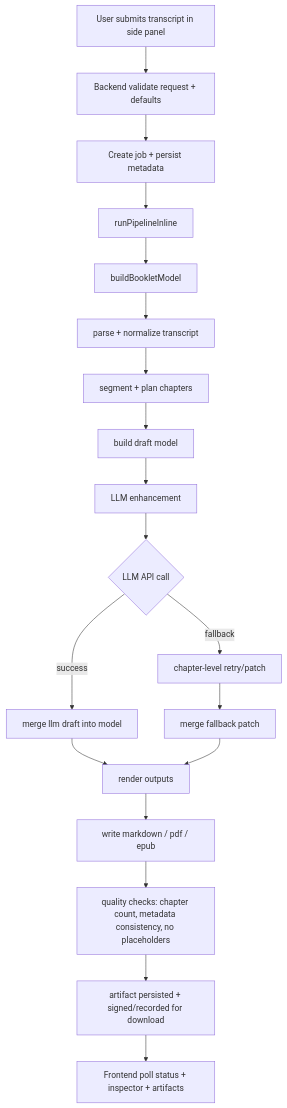
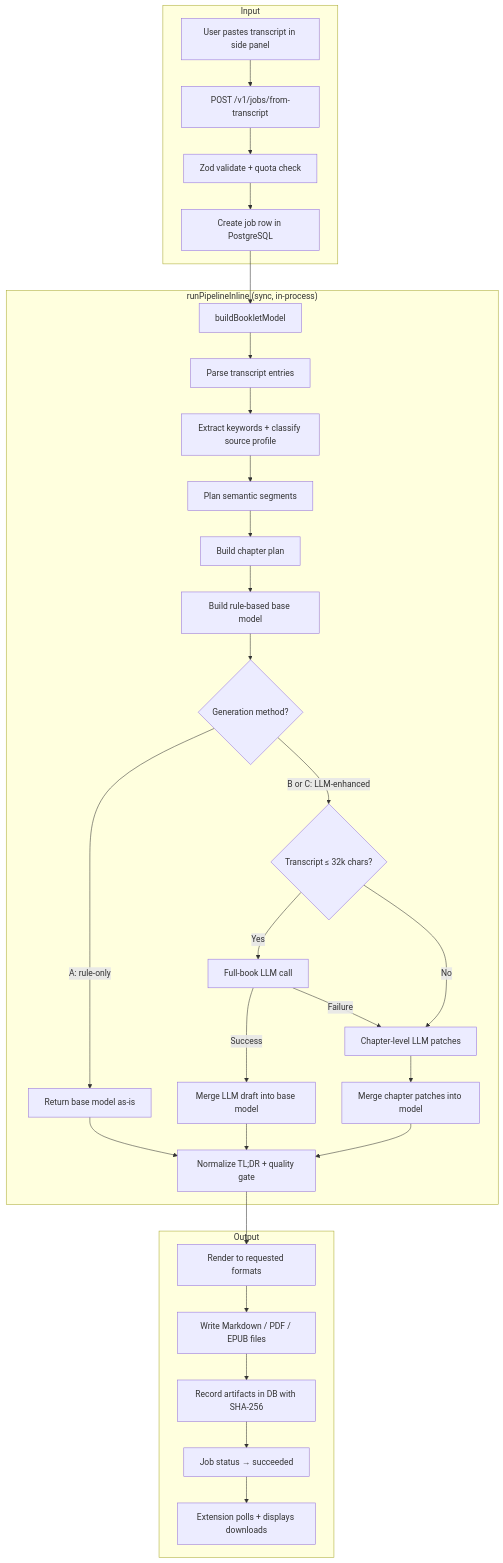
The first of 6 diagrams in README.md (CeciliaHahan/podcast_to_ebook), drawn with Mermaid before and after one commit. The commit also changed other lines of this file, not shown here.

First line of the commit message:
docs: rewrite README with detailed E2E, LLM, and rendering flowcharts

````diff
--- a/README.md
+++ b/README.md
@@ -89,21 +56,38 @@
 ```mermaid
 flowchart TD
-  A[User submits transcript in side panel] --> B[Backend validate request + defaults]
-  B --> C[Create job + persist metadata]
-  C --> D[runPipelineInline]
-  D --> E[buildBookletModel]
-  E --> F[parse + normalize transcript]
-  F --> G[segment + plan chapters]
-  G --> H[build draft model]
-  H --> I[LLM enhancement]
-  I --> J{LLM API call}
-  J -->|success| K[merge llm draft into model]
-  J -->|fallback| L[chapter-level retry/patch]
-  L --> M[merge fallback patch]
-  K --> N[render outputs]
-  M --> N
-  N --> O[write markdown / pdf / epub]
-  O --> P[quality checks: chapter count, metadata consistency, no placeholders]
-  P --> Q[artifact persisted + signed/recorded for download]
-  Q --> R[Frontend poll status + inspector + artifacts]
+  subgraph Input
+    A[User pastes transcript in side panel] --> B[POST /v1/jobs/from-transcript]
+    B --> C[Zod validate + quota check]
+    C --> D[Create job row in PostgreSQL]
+  end
+
+  subgraph Pipeline["runPipelineInline (sync, in-process)"]
+    D --> E[buildBookletModel]
+    E --> F[Parse transcript entries]
+    F --> G[Extract keywords + classify source profile]
+    G --> H[Plan semantic segments]
+    H --> I[Build chapter plan]
+    I --> J[Build rule-based base model]
+    J --> K{Generation method?}
+
+    K -->|A: rule-only| L[Return base model as-is]
+
+    K -->|B or C: LLM-enhanced| M{Transcript ≤ 32k chars?}
+    M -->|Yes| N[Full-book LLM call]
+    M -->|No| O[Chapter-level LLM patches]
+    N -->|Success| P[Merge LLM draft into base model]
+    N -->|Failure| O
+    O --> Q[Merge chapter patches into model]
+    P --> R[Normalize TL;DR + quality gate]
+    Q --> R
+    L --> R
+  end
+
+  subgraph Output
+    R --> S[Render to requested formats]
+    S --> T[Write Markdown / PDF / EPUB files]
+    T --> U[Record artifacts in DB with SHA-256]
+    U --> V[Job status → succeeded]
+    V --> W[Extension polls + displays downloads]
+  end
 ```
````
